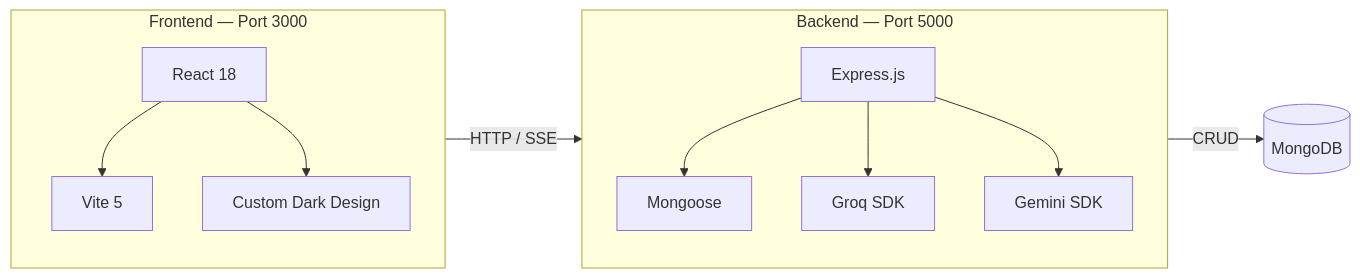
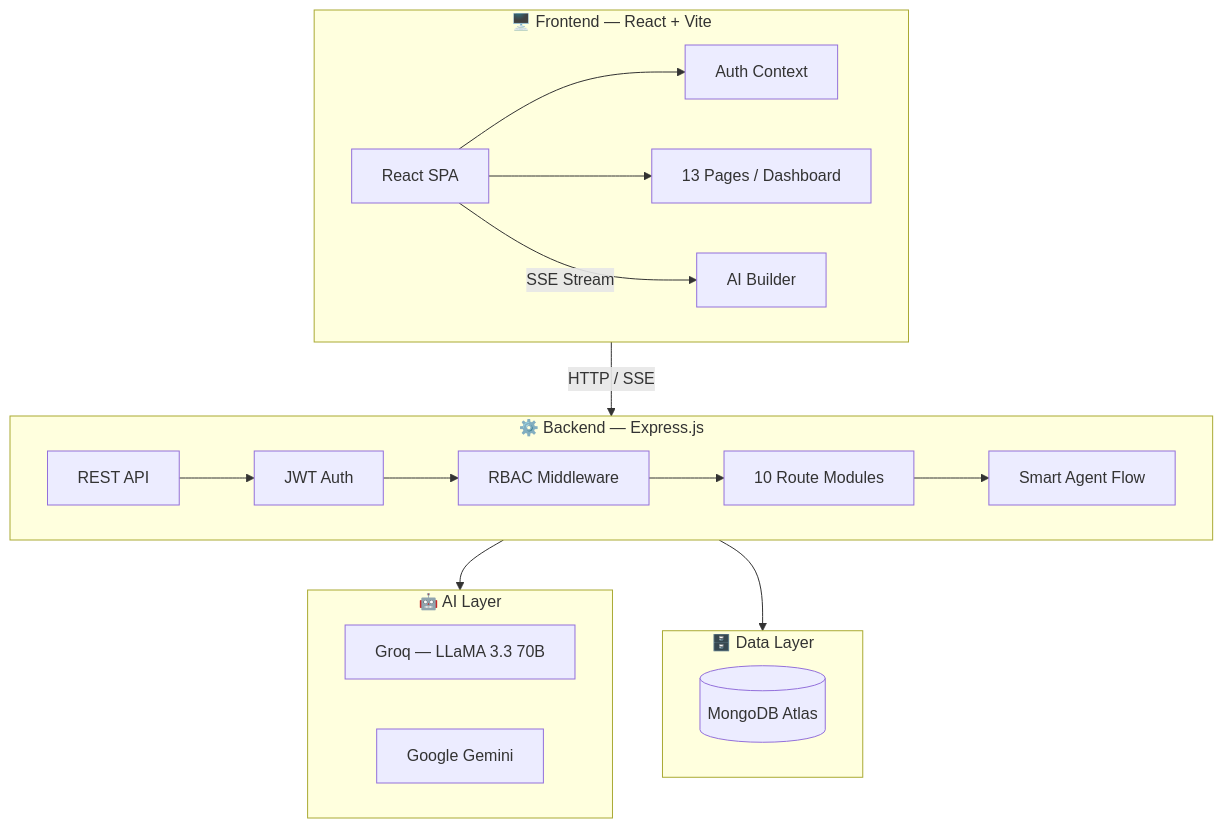
Before and after one commit to SWAYAMPATEL30/site-pilot: the diagram in README.md, drawn with Mermaid. The commit also changed other lines of this file, not shown here.

Commit message:
✨ Redesign README — live demo, badges, architecture, API reference

````diff
--- a/README.md
+++ b/README.md
@@ -32,14 +89,28 @@
 ```mermaid
-graph LR
-    subgraph Client ["Frontend — Port 3000"]
-        R[React 18] --> V[Vite 5]
-        R --> CSS[Custom Dark Design]
+graph TB
+    subgraph Client ["🖥️ Frontend — React + Vite"]
+        UI[React SPA] --> Auth[Auth Context]
+        UI --> Pages[13 Pages / Dashboard]
+        UI -->|SSE Stream| Builder[AI Builder]
     end
-    subgraph Server ["Backend — Port 5000"]
-        EX[Express.js] --> MG[Mongoose]
-        EX --> GR[Groq SDK]
-        EX --> GEM[Gemini SDK]
+
+    subgraph Server ["⚙️ Backend — Express.js"]
+        API[REST API] --> AuthMW[JWT Auth]
+        AuthMW --> RBAC[RBAC Middleware]
+        RBAC --> Routes[10 Route Modules]
+        Routes --> Agent[Smart Agent Flow]
     end
-    Client -->|"HTTP / SSE"| Server
-    Server -->|"CRUD"| DB[(MongoDB)]
+
+    subgraph AI ["🤖 AI Layer"]
+        Groq[Groq — LLaMA 3.3 70B]
+        Gemini[Google Gemini]
+    end
+
+    subgraph Data ["🗄️ Data Layer"]
+        MongoDB[(MongoDB Atlas)]
+    end
+
+    Client -->|HTTP / SSE| Server
+    Server --> AI
+    Server --> Data
 ```
````
